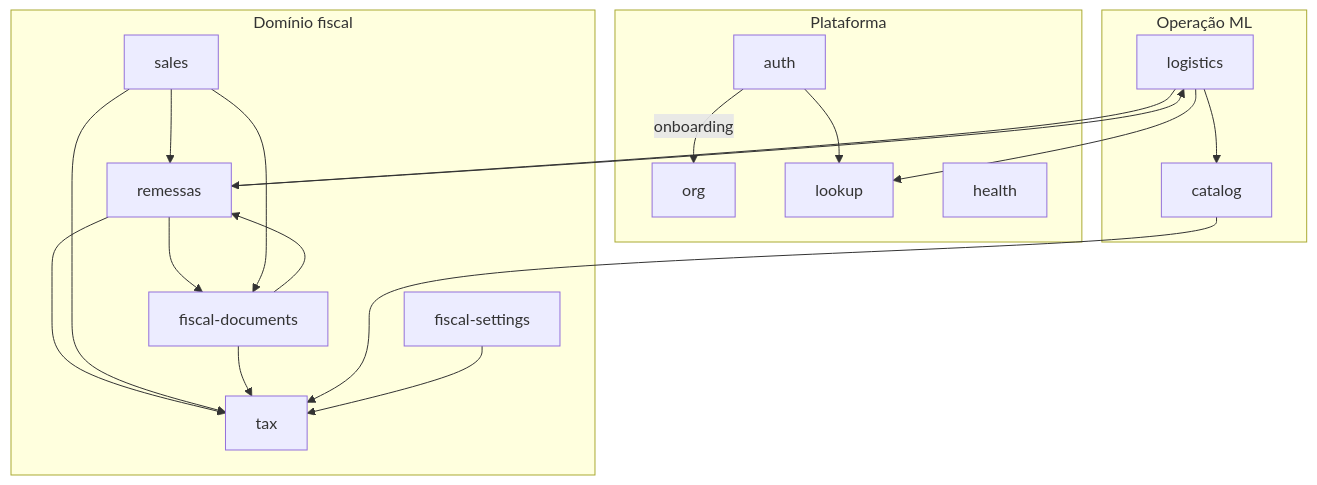
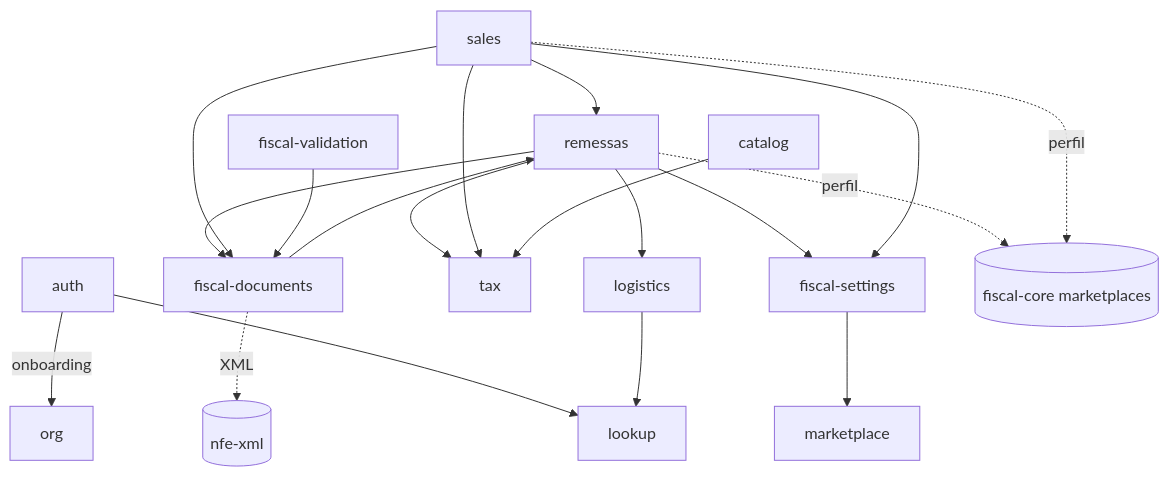
One commit to Matheus-santos7/MSimulation-XML changed the first of 10 diagrams in backend/README.md. Above: the diagram before and after it, drawn with Mermaid. The commit also changed other lines of this file and 1 other file, not shown here.

First line of the commit message:
docs: arquitetura em feature modules e marketplaces no README e no plano

````diff
--- a/backend/README.md
+++ b/backend/README.md
@@ -205,50 +177,21 @@
 ```mermaid
 graph TD
-  Auth[auth]
-  Org[org]
-  Lookup[lookup]
-  Catalog[catalog]
-  Tax[tax]
-  Logistics[logistics]
-  Remessas[remessas]
-  Sales[sales]
-  FiscalDocs[fiscal-documents]
-  FiscalSettings[fiscal-settings]
-  Health[health]
-
-  Auth -->|onboarding| Org
-  Auth --> Lookup
-  Logistics --> Remessas
-  Logistics --> Catalog
-  Logistics --> Lookup
-  Remessas --> Tax
-  Remessas --> Logistics
-  Remessas --> FiscalDocs
+  Auth[auth] -->|onboarding| Org[org]
+  Auth --> Lookup[lookup]
+  Logistics[logistics] --> Lookup
+  Remessas[remessas] --> Logistics
+  Remessas --> Tax[tax]
+  Remessas --> FiscalDocs[fiscal-documents]
+  Remessas --> FiscalSettings[fiscal-settings]
+  Sales[sales] --> Remessas
   Sales --> Tax
-  Sales --> Remessas
   Sales --> FiscalDocs
+  Sales --> FiscalSettings
   FiscalDocs --> Remessas
-  FiscalDocs --> Tax
-  Catalog --> Tax
-  FiscalSettings --> Tax
-
-  subgraph Fiscal["Domínio fiscal"]
-    FiscalDocs
-    FiscalSettings
-    Sales
-    Remessas
-    Tax
-  end
-
-  subgraph Platform["Plataforma"]
-    Auth
-    Org
-    Lookup
-    Health
-  end
-
-  subgraph Operations["Operação ML"]
-    Catalog
-    Logistics
-  end
+  FiscalValidation[fiscal-validation] --> FiscalDocs
+  Catalog[catalog] --> Tax
+  FiscalSettings --> Marketplace[marketplace]
+  Remessas -.->|perfil| Core[(fiscal-core marketplaces)]
+  Sales -.->|perfil| Core
+  FiscalDocs -.->|XML| NfeXml[(nfe-xml)]
 ```
````
